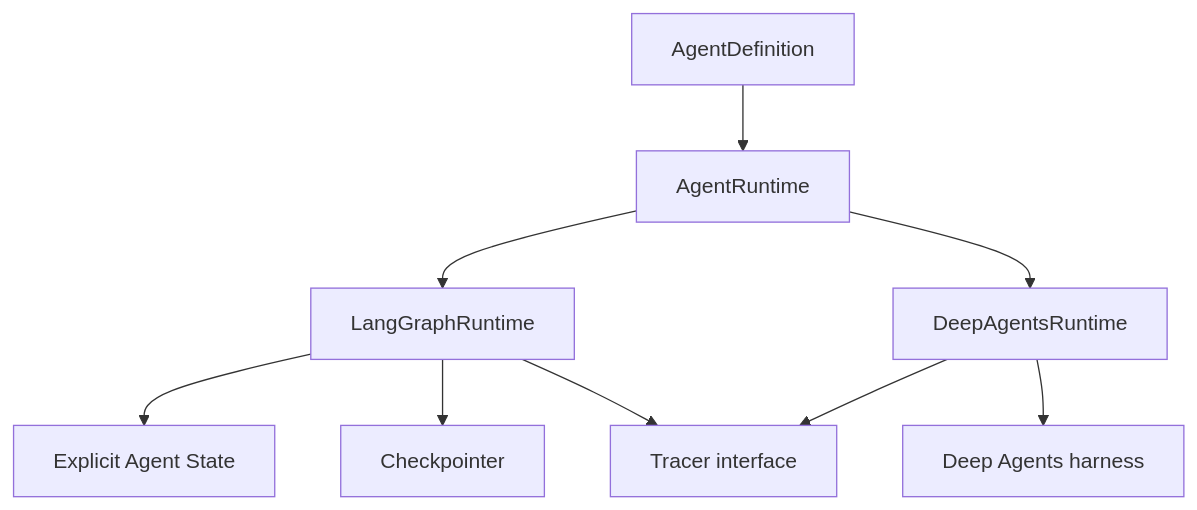
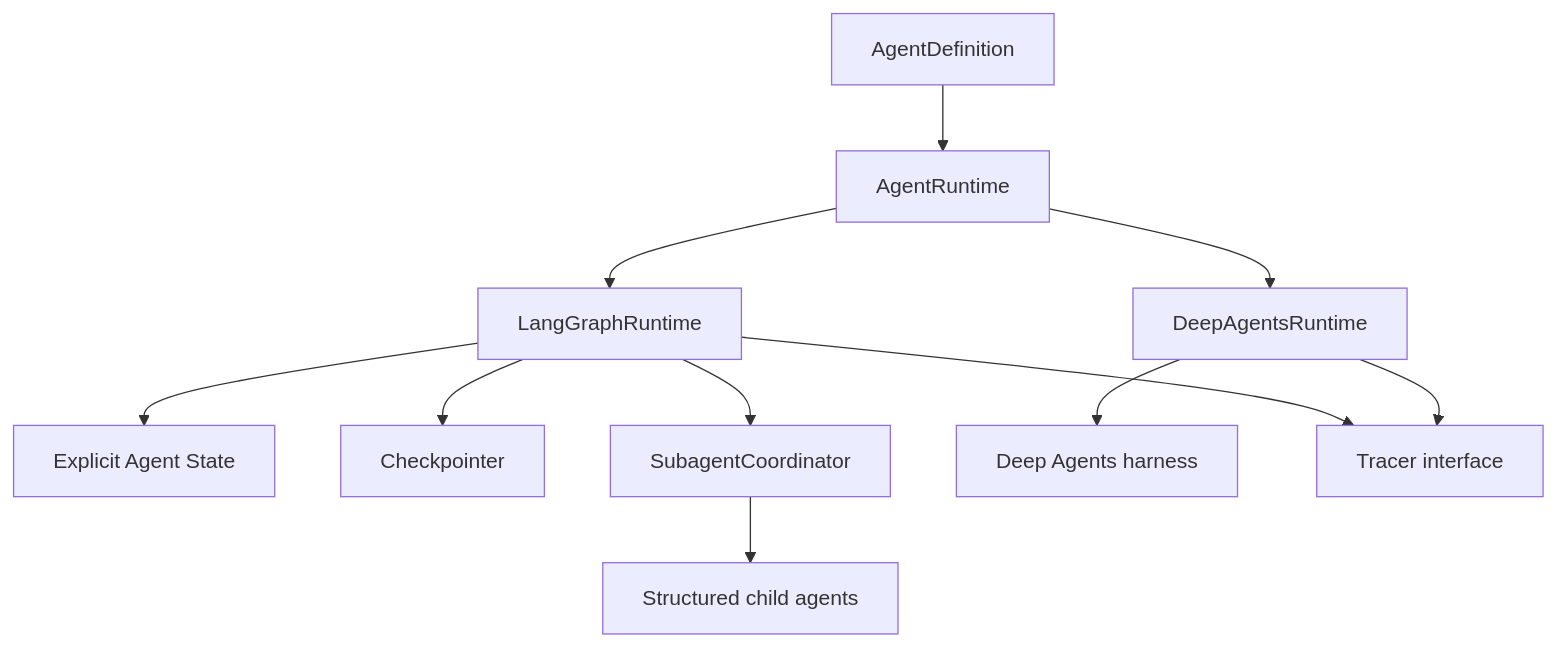
One commit to sarreche/boio-agents-lab changed the first of 4 diagrams in README.md. Above: the diagram before and after it, drawn with Mermaid. The commit also changed other lines of this file and 28 other files, not shown here.

Commit message:
feat(subagents): add explicit delegation flow

````diff
--- a/README.md
+++ b/README.md
@@ -16,11 +16,13 @@
 ```mermaid
 flowchart TD
     Definition[AgentDefinition] --> Runtime[AgentRuntime]
     Runtime --> LG[LangGraphRuntime]
     Runtime --> DA[DeepAgentsRuntime]
     LG --> State[Explicit Agent State]
     LG --> Checkpoint[Checkpointer]
+    LG --> Coordinator[SubagentCoordinator]
+    Coordinator --> Children[Structured child agents]
     DA --> Harness[Deep Agents harness]
     LG --> Trace[Tracer interface]
     DA --> Trace
 ```
````
